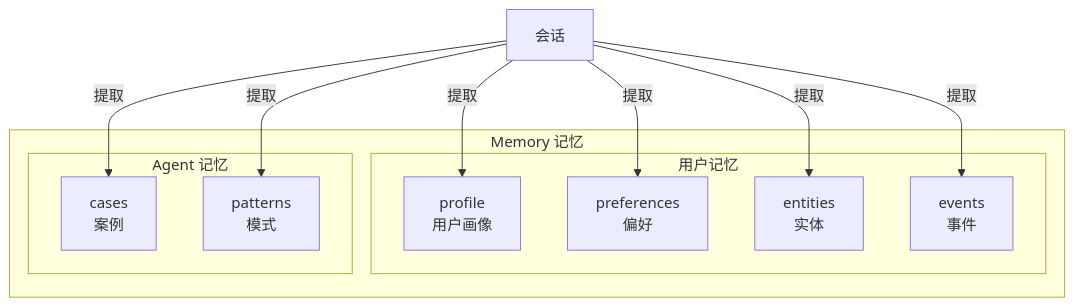
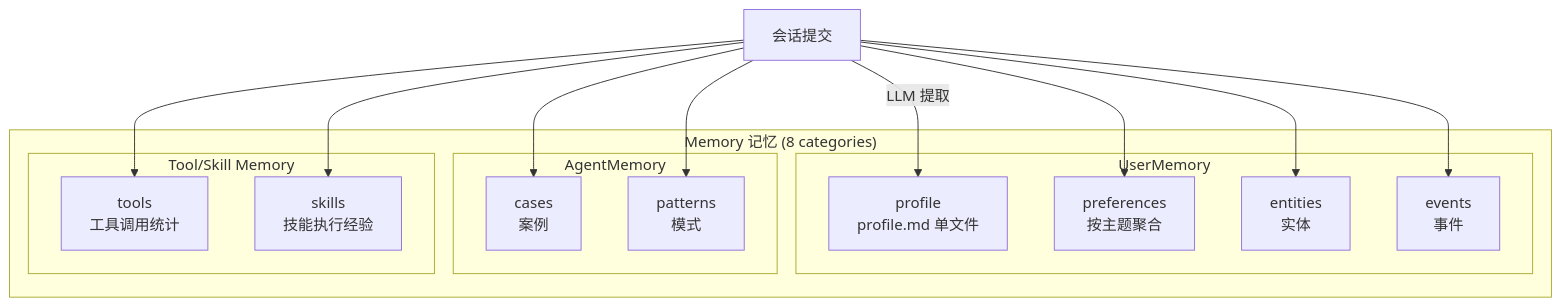
One commit to caicongyang/bloger changed the third of 6 diagrams in openviking/05-上下文类型详解.md. Above: the diagram before and after it, drawn with Mermaid. The commit also changed other lines of this file and 10 other files, not shown here.

````diff
--- a/openviking/05-上下文类型详解.md
+++ b/openviking/05-上下文类型详解.md
@@ -113,23 +113,30 @@
 ```mermaid
 flowchart TB
-    subgraph Memory["Memory 记忆"]
-        subgraph User["用户记忆"]
-            Profile[profile<br/>用户画像]
-            Pref[preferences<br/>偏好]
+    subgraph Memory["Memory 记忆 (8 categories)"]
+        subgraph User["UserMemory"]
+            Profile[profile<br/>profile.md 单文件]
+            Pref[preferences<br/>按主题聚合]
             Entities[entities<br/>实体]
             Events[events<br/>事件]
         end
-        
-        subgraph Agent["Agent 记忆"]
+
+        subgraph Agent["AgentMemory"]
             Cases[cases<br/>案例]
             Patterns[patterns<br/>模式]
         end
+
+        subgraph ToolSkill["Tool/Skill Memory"]
+            Tools[tools<br/>工具调用统计]
+            Skills[skills<br/>技能执行经验]
+        end
     end
-    
-    Session[会话] -->|提取| Profile
-    Session -->|提取| Pref
-    Session -->|提取| Entities
-    Session -->|提取| Events
-    Session -->|提取| Cases
-    Session -->|提取| Patterns
+
+    Session[会话提交] -->|LLM 提取| Profile
+    Session --> Pref
+    Session --> Entities
+    Session --> Events
+    Session --> Cases
+    Session --> Patterns
+    Session --> Tools
+    Session --> Skills
 ```
````
